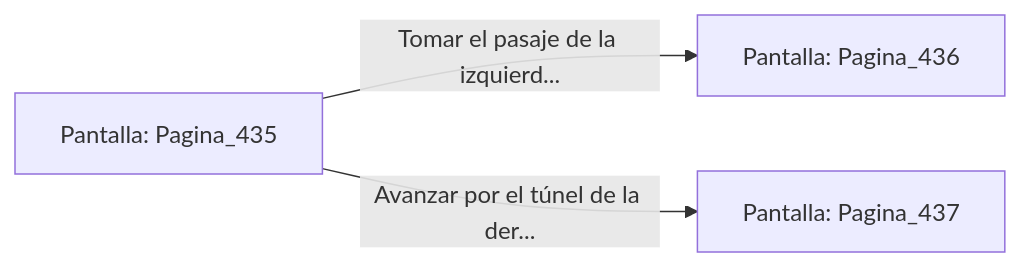
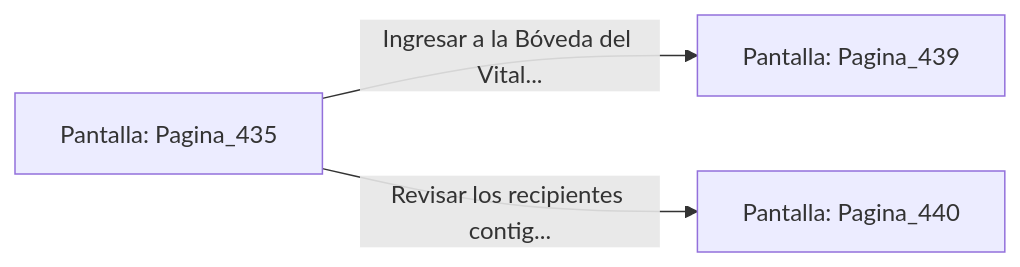
The diagram in sample/eligejuego-vault/Pantalla_Pagina_435.md (metsuke/mpl), drawn with Mermaid before and after one commit. The commit also changed other lines of this file and 635 other files, not shown here.

First line of the commit message:
fix: añadir Pagina_1 como pantalla inicial en capitulo_01.mpl

````diff
--- a/sample/eligejuego-vault/Pantalla_Pagina_435.md
+++ b/sample/eligejuego-vault/Pantalla_Pagina_435.md
@@ -20,6 +24,6 @@
 ```mermaid
 graph LR
     P_Pagina_435["Pantalla: Pagina_435"]
-    P_Pagina_435 -->|"Tomar el pasaje de la izquierd..."| P_Pagina_436["Pantalla: Pagina_436"]
-    P_Pagina_435 -->|"Avanzar por el túnel de la der..."| P_Pagina_437["Pantalla: Pagina_437"]
+    P_Pagina_435 -->|"Ingresar a la Bóveda del Vital..."| P_Pagina_439["Pantalla: Pagina_439"]
+    P_Pagina_435 -->|"Revisar los recipientes contig..."| P_Pagina_440["Pantalla: Pagina_440"]
 ```
````
